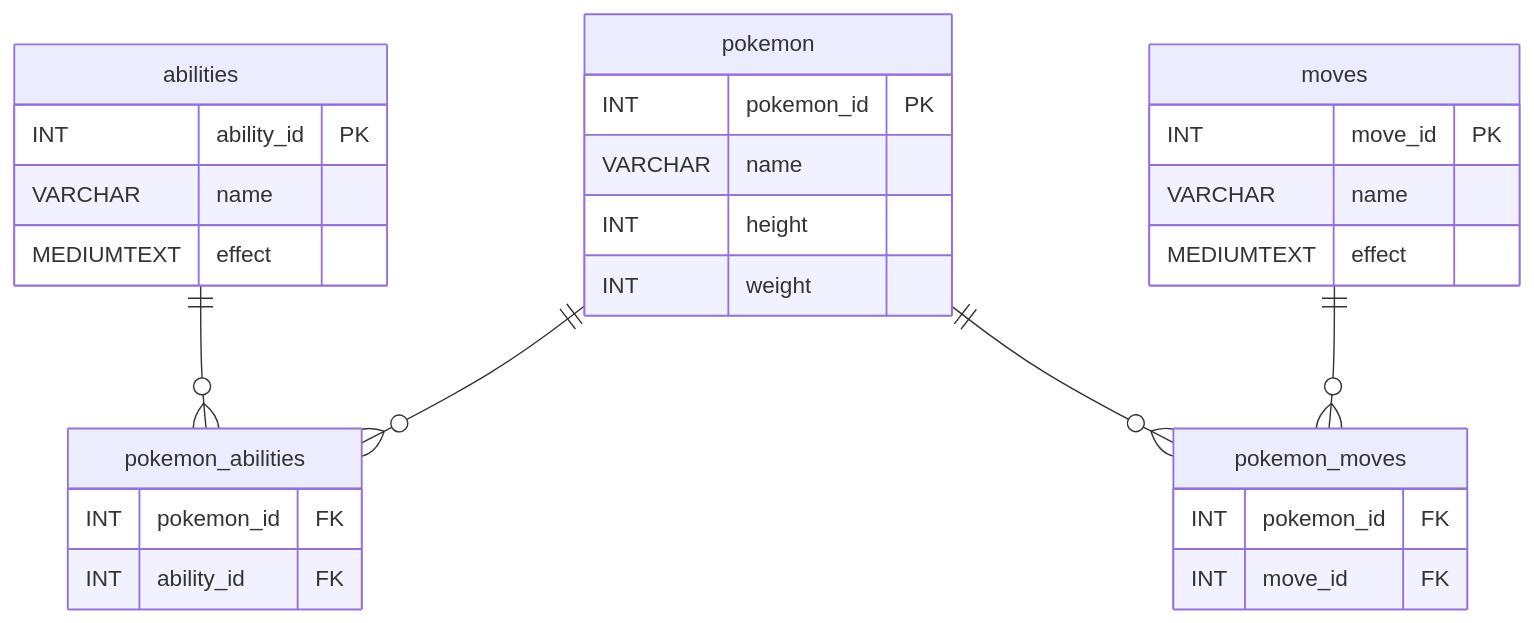
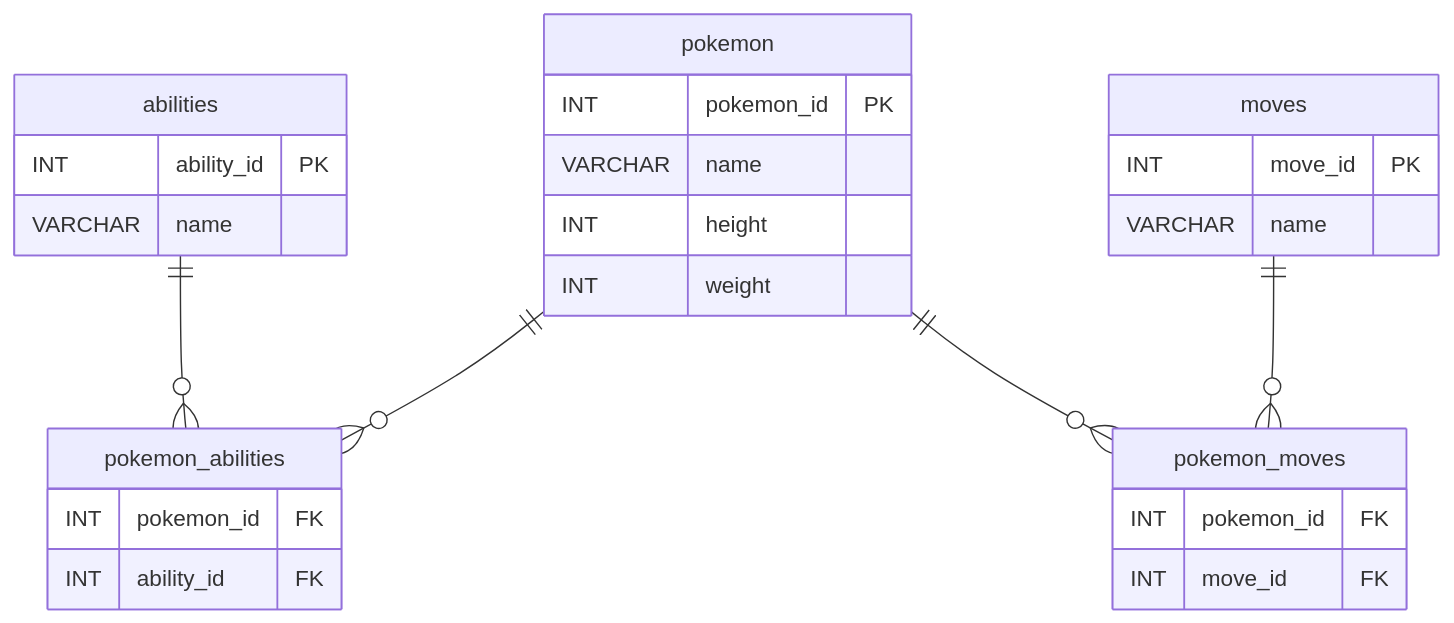
Before and after one commit to Skimifil/ds_pokeapi: the diagram in README.md, drawn with Mermaid. The commit also changed other lines of this file and 5 other files, not shown here.

````diff
--- a/README.md
+++ b/README.md
@@ -40,36 +33,34 @@
 ```mermaid
 erDiagram
     abilities {
         INT ability_id PK
         VARCHAR name
-        MEDIUMTEXT effect
     }
     
     pokemon {
         INT pokemon_id PK
         VARCHAR name
         INT height
         INT weight
     }
 
     moves {
         INT move_id PK
         VARCHAR name
-        MEDIUMTEXT effect
     }
 
     pokemon_abilities {
         INT pokemon_id FK
         INT ability_id FK
     }
 
     pokemon_moves {
         INT pokemon_id FK
         INT move_id FK
     }
 
     pokemon ||--o{ pokemon_abilities : ""
     pokemon ||--o{ pokemon_moves : ""
     abilities ||--o{ pokemon_abilities : ""
     moves ||--o{ pokemon_moves : ""
 ```
````
